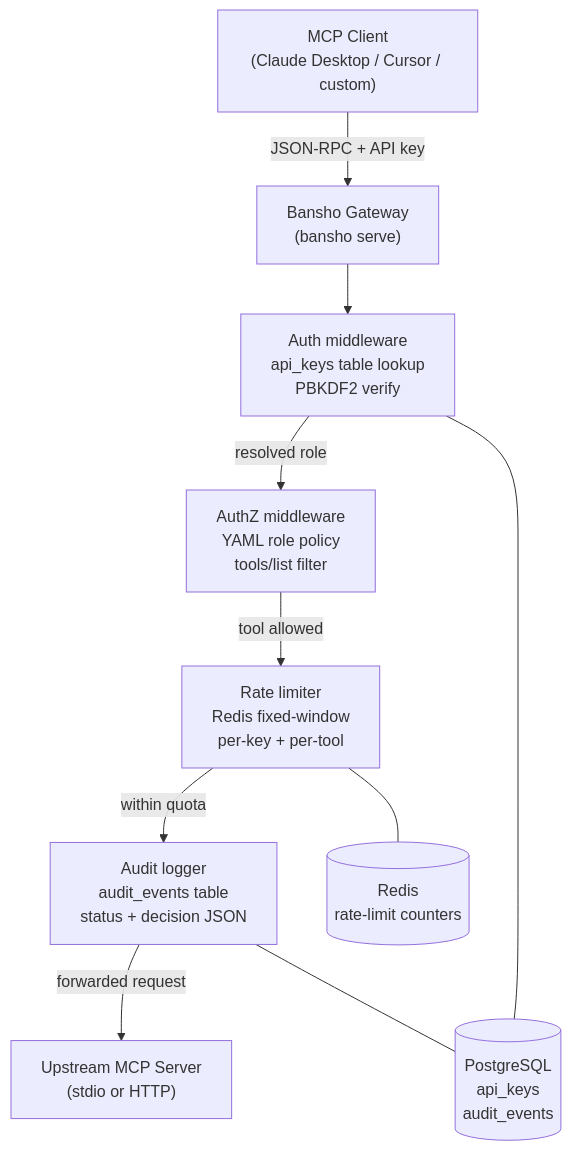
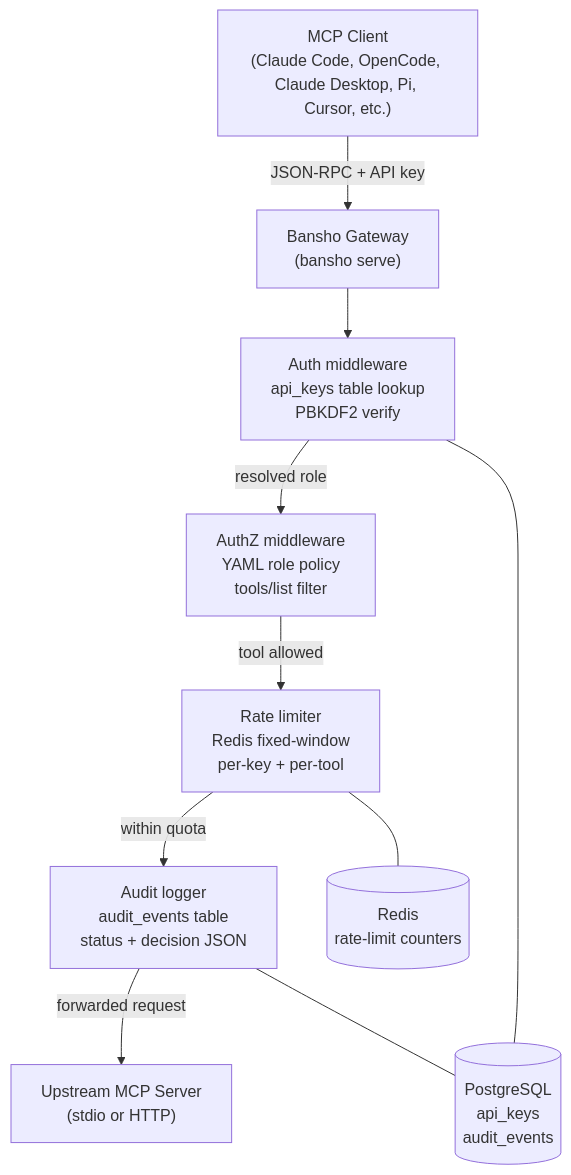
Before and after one commit to Microck/bansho: the diagram in README.md, drawn with Mermaid.

````diff
--- a/README.md
+++ b/README.md
@@ -413,22 +413,22 @@
 ```mermaid
 graph TD
-    Client["MCP Client<br>(Claude Desktop / Cursor / custom)"]
+    Client["MCP Client<br>(Claude Code, OpenCode, Claude Desktop, Pi, Cursor, etc.)"]
     Gateway["Bansho Gateway<br>(bansho serve)"]
     Auth["Auth middleware<br>api_keys table lookup<br>PBKDF2 verify"]
     AuthZ["AuthZ middleware<br>YAML role policy<br>tools/list filter"]
     RL["Rate limiter<br>Redis fixed-window<br>per-key + per-tool"]
     Audit["Audit logger<br>audit_events table<br>status + decision JSON"]
     Upstream["Upstream MCP Server<br>(stdio or HTTP)"]
     PG[("PostgreSQL<br>api_keys<br>audit_events")]
     Redis[("Redis<br>rate-limit counters")]
 
     Client -->|"JSON-RPC + API key"| Gateway
     Gateway --> Auth
     Auth -->|"resolved role"| AuthZ
     AuthZ -->|"tool allowed"| RL
     RL -->|"within quota"| Audit
     Audit -->|"forwarded request"| Upstream
     Auth --- PG
     Audit --- PG
     RL --- Redis
 ```
````
